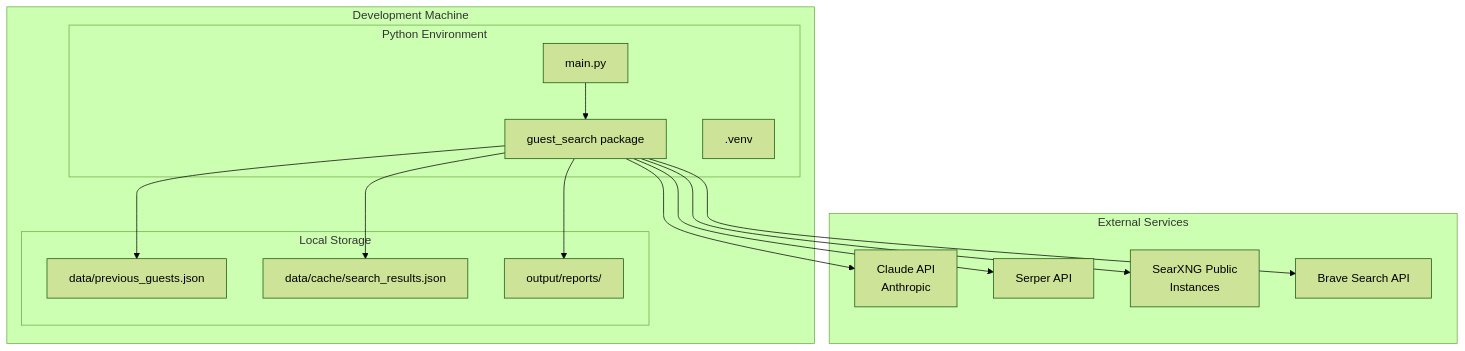
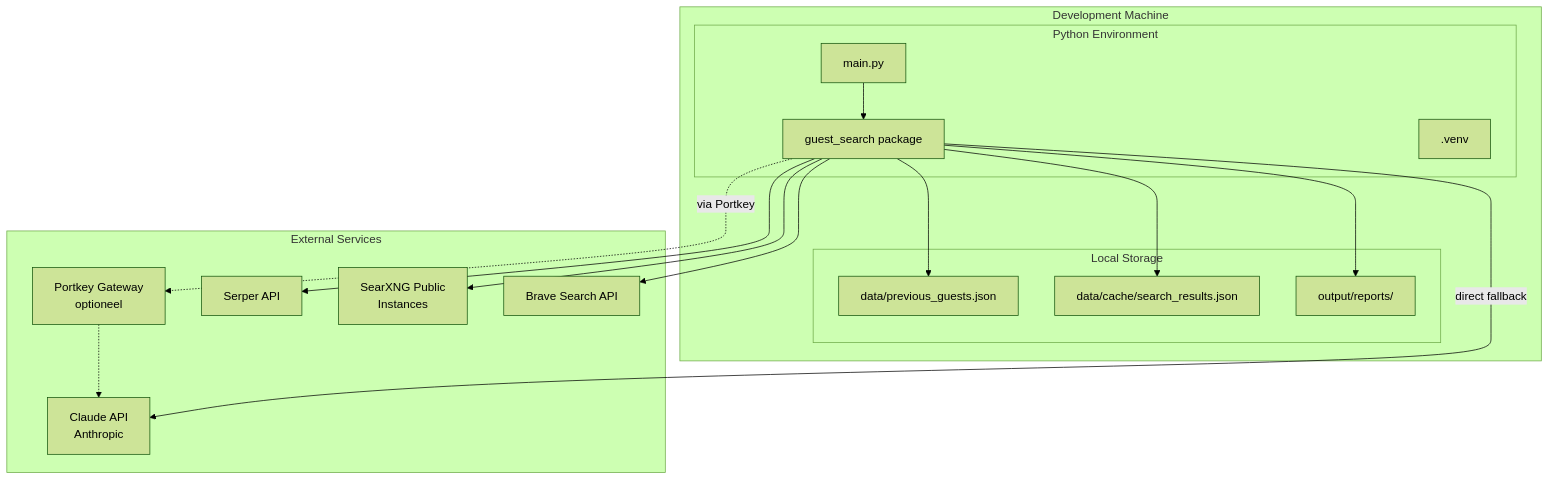
One commit to Joopsnijder/guest_search changed the sixth of 6 diagrams in docs/architecture.md. Above: the diagram before and after it, drawn with Mermaid (forest theme). The commit also changed other lines of this file, not shown here.

First line of the commit message:
docs: Update architecture.md with Portkey observability integration

````diff
--- a/docs/architecture.md
+++ b/docs/architecture.md
@@ -214,33 +249,36 @@
 ```mermaid
 graph TB
     subgraph "Development Machine"
         subgraph "Python Environment"
             M[main.py]
             P[guest_search package]
             V[.venv]
         end
 
         subgraph "Local Storage"
             D1[data/previous_guests.json]
             D2[data/cache/search_results.json]
             D3[output/reports/]
         end
 
         M --> P
         P --> D1
         P --> D2
         P --> D3
     end
 
     subgraph "External Services"
+        E0[Portkey Gateway<br/>optioneel]
         E1[Claude API<br/>Anthropic]
         E2[Serper API]
         E3[SearXNG Public<br/>Instances]
         E4[Brave Search API]
     end
 
-    P --> E1
+    P -.->|via Portkey| E0
+    E0 -.-> E1
+    P -->|direct fallback| E1
     P --> E2
     P --> E3
     P --> E4
 ```
````
